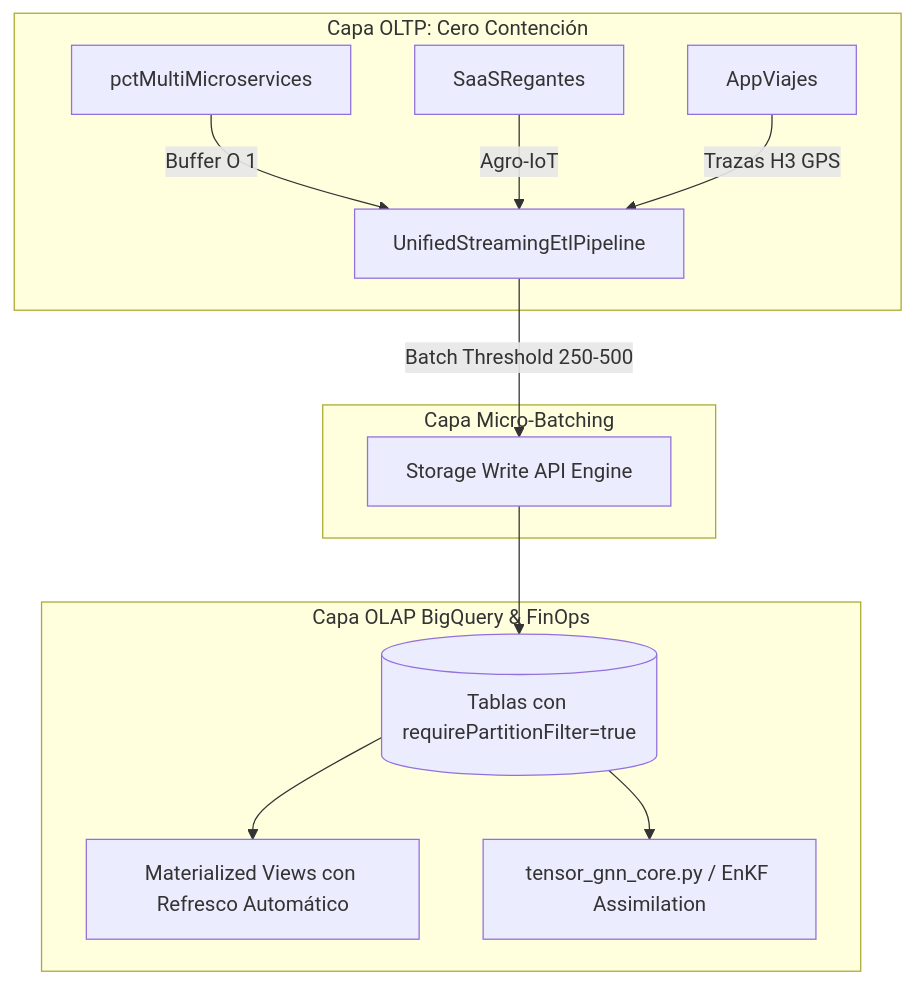
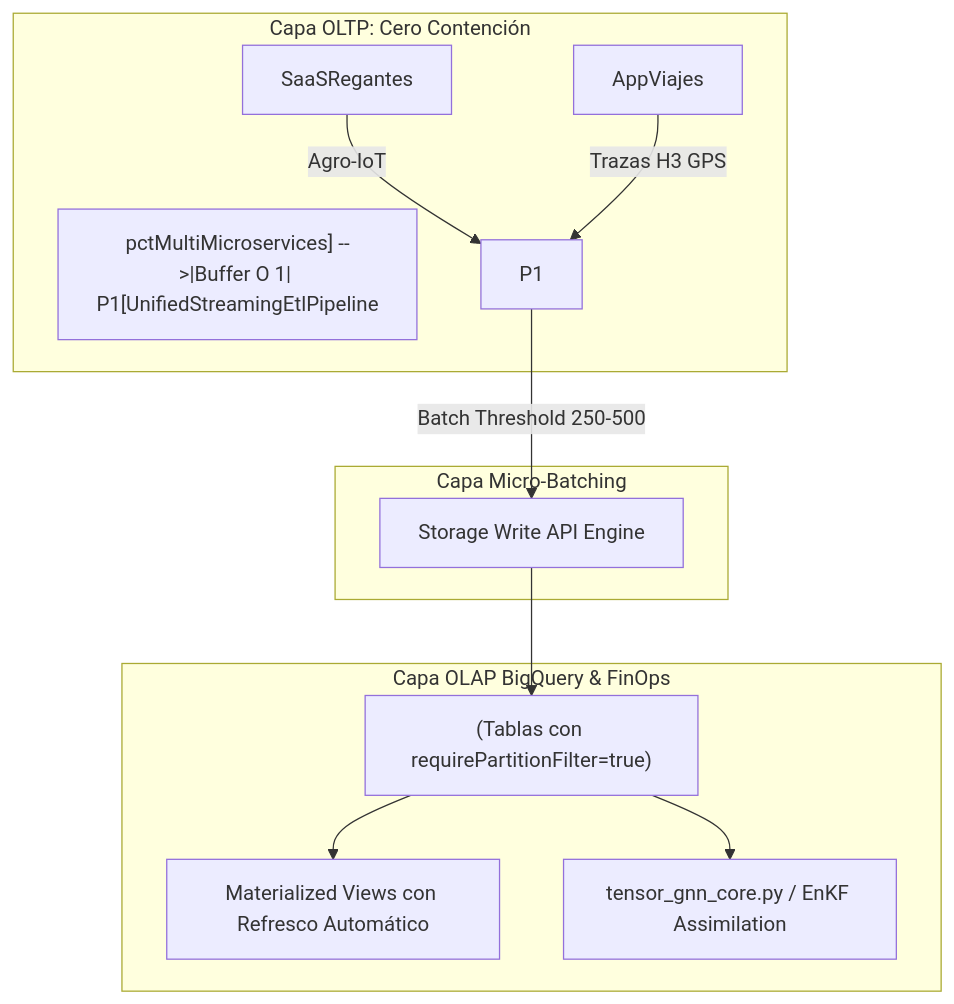
Before and after one commit to jaruiz78/ecosistema-multiproyectos: the diagram in docs/formacion_ecosistema/modulo_5_cloud_native_dbs/07_arquitectura_etl_streaming_bigquery_finops.md, drawn with Mermaid. The commit also changed 57 other files, not shown here.

First line of the commit message:
feat(validation,hooks): implementar Syntax Validator y Linter determinista para Mermaid, KaTeX y Markdown

````diff
--- a/docs/formacion_ecosistema/modulo_5_cloud_native_dbs/07_arquitectura_etl_streaming_bigquery_finops.md
+++ b/docs/formacion_ecosistema/modulo_5_cloud_native_dbs/07_arquitectura_etl_streaming_bigquery_finops.md
@@ -36,18 +36,18 @@
 ```mermaid
 flowchart TD
-    subgraph Capa_OLTP [Capa OLTP: Cero Contención]
-        S1[pctMultiMicroservices] -->|Buffer O 1| P1[UnifiedStreamingEtlPipeline]
+    subgraph Capa_OLTP["Capa OLTP: Cero Contención"]
+        S1["pctMultiMicroservices] -->|Buffer O 1| P1[UnifiedStreamingEtlPipeline"]
         S2[SaaSRegantes] -->|Agro-IoT| P1
         S3[AppViajes] -->|Trazas H3 GPS| P1
     end
 
     subgraph Capa_Buffer [Capa Micro-Batching]
         P1 -->|Batch Threshold 250-500| BQ_Client[Storage Write API Engine]
     end
 
-    subgraph Capa_OLAP [Capa OLAP BigQuery & FinOps]
-        BQ_Client --> BQ_Table[(Tablas con requirePartitionFilter=true)]
+    subgraph Capa_OLAP["Capa OLAP BigQuery & FinOps"]
+        BQ_Client --> BQ_Table["(Tablas con requirePartitionFilter=true)"]
         BQ_Table --> MV[Materialized Views con Refresco Automático]
-        BQ_Table --> Twin[tensor_gnn_core.py / EnKF Assimilation]
+        BQ_Table --> Twin["tensor_gnn_core.py / EnKF Assimilation"]
     end
 ```
````
